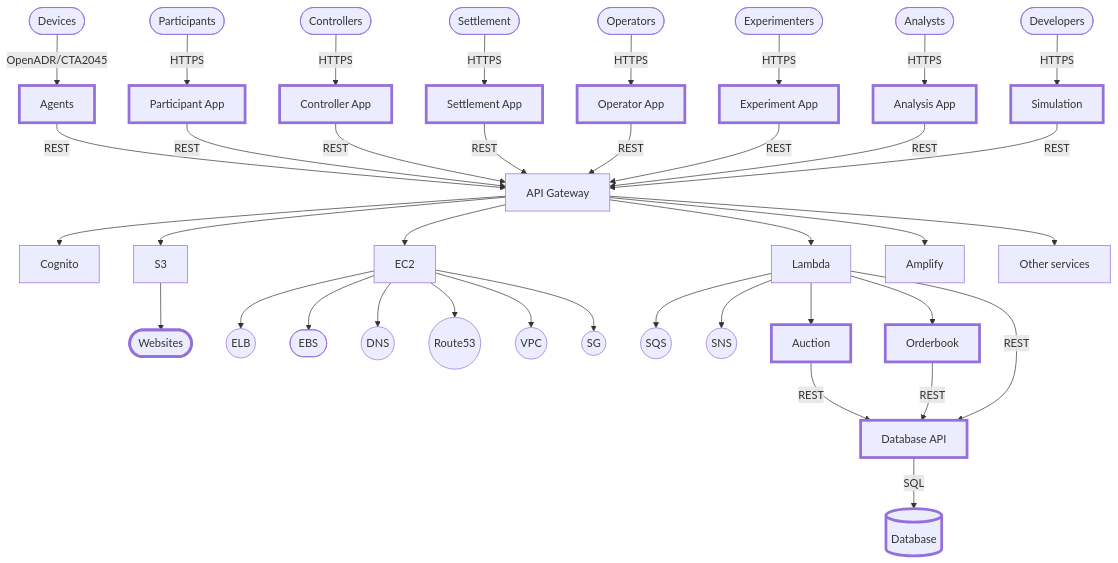
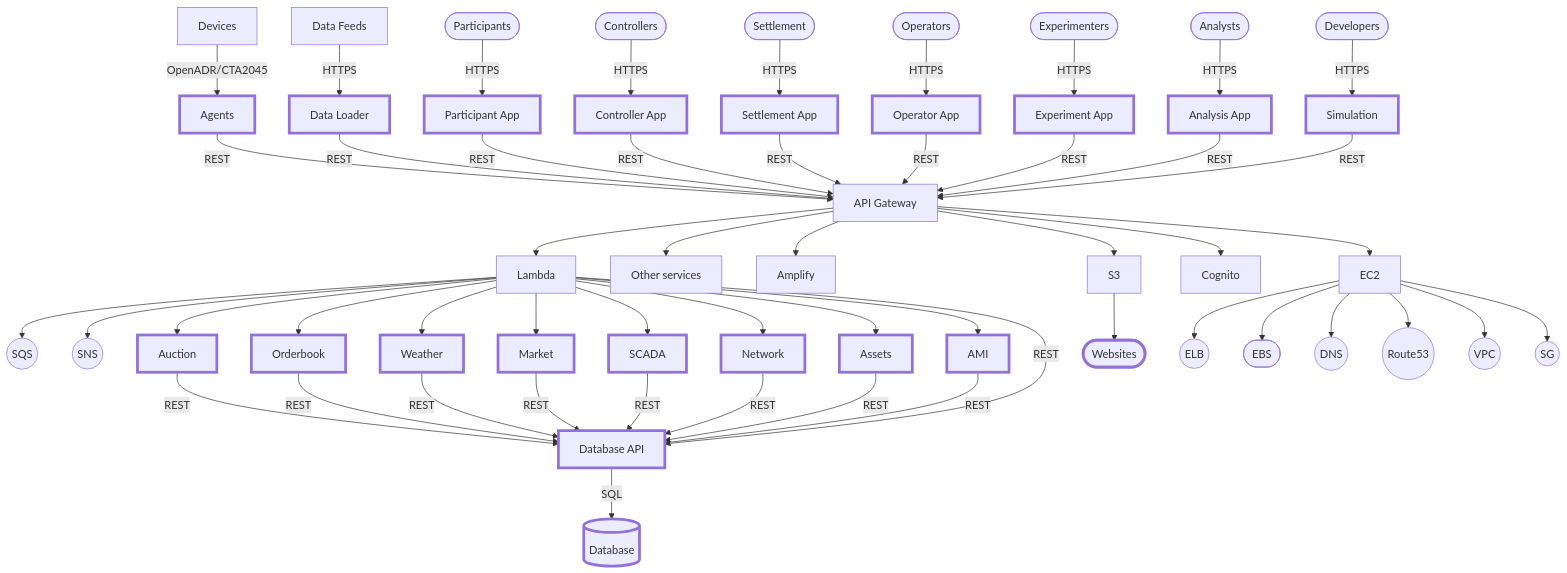
One commit to aivanova5/design changed the first of 2 diagrams in docs/README.md. Above: the diagram before and after it, drawn with Mermaid.

````diff
--- a/docs/README.md
+++ b/docs/README.md
@@ -4,36 +4,76 @@
   
   classDef active stroke-width:4px;
 
-  devices([Devices]) --OpenADR/CTA2045--> agents  
-  agents[Agents]:::active --REST--> gateway[API Gateway]
-      click agents "https://github.com/postroad-energy/design/blob/main/docs/agents.md" _blank
+  devices[Devices] --OpenADR/CTA2045--> agents[Agents]:::active --REST--> gateway[API Gateway]
+    click agents "https://github.com/postroad-energy/design/blob/main/docs/agents.md" _blank
 
+  datafeeds[Data Feeds] --HTTPS--> dataloader[Data Loader]:::active --REST--> gateway
+    click dataloader "https://github.com/postroad-energy/design/blob/main/docs/datafeeds.md" _blank
+  
   participant([Participants]) --HTTPS--> participant_app[Participant App]:::active --REST--> gateway
-      click participant_app "https://github.com/postroad-energy/design/blob/main/docs/participants.md" _blank
+    click participant_app "https://github.com/postroad-energy/design/blob/main/docs/participants.md" _blank
 
   controllers([Controllers]) --HTTPS--> controller_app[Controller App]:::active --REST--> gateway
-      click controller_app "https://github.com/postroad-energy/design/blob/main/docs/controllers.md" _blank
+    click controller_app "https://github.com/postroad-energy/design/blob/main/docs/controllers.md" _blank
 
   settlement([Settlement]) --HTTPS--> settlement_app[Settlement App]:::active --REST--> gateway
-      click billing_app "https://github.com/postroad-energy/design/blob/main/docs/settlement.md" _blank
+    click billing_app "https://github.com/postroad-energy/design/blob/main/docs/settlement.md" _blank
 
   operators([Operators]) --HTTPS--> operator_app[Operator App]:::active --REST--> gateway
-      click operator_app "https://github.com/postroad-energy/design/blob/main/docs/operators.md" _blank
+    click operator_app "https://github.com/postroad-energy/design/blob/main/docs/operators.md" _blank
 
   experiment([Experimenters]) --HTTPS--> experiment_app[Experiment App]:::active --REST--> gateway
-      click experiment_app "https://github.com/postroad-energy/design/blob/main/docs/experimenters.md" _blank
+    click experiment_app "https://github.com/postroad-energy/design/blob/main/docs/experimenters.md" _blank
 
   analysis([Analysts]) --HTTPS--> analysis_app[Analysis App]:::active --REST--> gateway
-      click analysis_app "https://github.com/postroad-energy/design/blob/main/docs/analysis.md" _blank
+    click analysis_app "https://github.com/postroad-energy/design/blob/main/docs/analysis.md" _blank
   
   developers([Developers]) --HTTPS--> simulation[Simulation]:::active --REST--> gateway
-      click simulation "https://github.com/postroad-energy/design/blob/main/docs/simulation.md" _blank
+    click simulation "https://github.com/postroad-energy/design/blob/main/docs/simulation.md" _blank
   
-  gateway --> auth[Cognito]
+  gateway --> lambda[Lambda]
+  
+    lambda --> sqs((SQS))
+    
+    lambda --> sns((SNS))
+
+    lambda --> auction[Auction]:::active --REST--> db_api  
+      click auction "https://github.com/postroad-energy/design/blob/main/docs/auction.md" _blank
+      
+    lambda --> orderbook[Orderbook]:::active --REST--> db_api  
+      click orderbook "https://github.com/postroad-energy/design/blob/main/docs/orderbook.md" _blank
+      
+    lambda --> weather[Weather]:::active --REST--> db_api  
+      click weather "https://github.com/postroad-energy/design/blob/main/docs/weather.md" _blank
+    
+    lambda --> market[Market]:::active --REST--> db_api  
+      click market "https://github.com/postroad-energy/design/blob/main/docs/market.md" _blank
+    
+    lambda --> scada[SCADA]:::active --REST--> db_api  
+      click scada "https://github.com/postroad-energy/design/blob/main/docs/scada.md" _blank
+    
+    lambda --> network[Network]:::active --REST--> db_api  
+      click network "https://github.com/postroad-energy/design/blob/main/docs/network.md" _blank
+    
+    lambda --> assets[Assets]:::active --REST--> db_api  
+      click assets "https://github.com/postroad-energy/design/blob/main/docs/assets.md" _blank
+    
+    lambda --> ami[AMI]:::active --REST--> db_api  
+      click ami "https://github.com/postroad-energy/design/blob/main/docs/ami.md" _blank
+    
+    lambda --REST--> db_api[Database API]:::active --SQL--> database[(Database)]:::active
+      click db_api "https://github.com/postroad-energy/design/blob/main/docs/database.md" _blank
+      click database "https://github.com/postroad-energy/design/blob/main/docs/database.md" _blank
+
+  gateway --> other[Other services]
+
+  gateway --> amplify[Amplify]
   
   gateway --> s3[S3]
     s3 --> websites([Websites]):::active
       click websites "https://github.com/postroad-energy/design/blob/main/docs/websites.md" _blank
+  
+  gateway --> auth[Cognito]
   
   gateway --> ec2[EC2]
     ec2 --> elb((ELB))
@@ -42,19 +82,4 @@
     ec2 --> route53((Route53))
     ec2 --> vpc((VPC))
     ec2 --> sg((SG))
-  
-  gateway --> lambda[Lambda]
-    lambda --> sqs((SQS))
-    lambda --> sns((SNS))
-    lambda --> auction[Auction]:::active --REST--> db_api  
-      click auction "https://github.com/postroad-energy/design/blob/main/docs/auction.md" _blank
-    lambda --> orderbook[Orderbook]:::active --REST--> db_api  
-      click orderbook "https://github.com/postroad-energy/design/blob/main/docs/orderbook.md" _blank
-    lambda --REST--> db_api[Database API]:::active --SQL--> database[(Database)]:::active
-      click db_api "https://github.com/postroad-energy/design/blob/main/docs/database.md" _blank
-      click database "https://github.com/postroad-energy/design/blob/main/docs/database.md" _blank
-      
-  gateway --> amplify[Amplify]
-  
-  gateway --> other[Other services]
 ```
````
